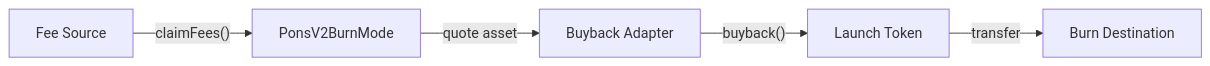
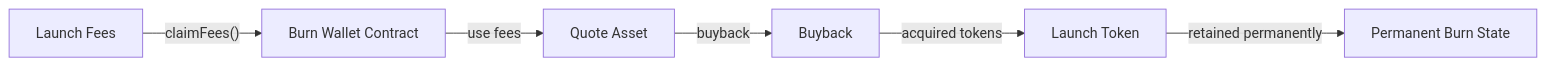
One commit to Horsaeshit/test changed the first of 7 diagrams in README.md. Above: the diagram before and after it, drawn with Mermaid. The commit also changed other lines of this file, not shown here.

````diff
--- a/README.md
+++ b/README.md
@@ -52,13 +98,15 @@
 ```mermaid
 flowchart LR
-    FEES["Fee Source"]
-    CONTROLLER["PonsV2BurnMode"]
-    BUYBACK["Buyback Adapter"]
+    FEES["Launch Fees"]
+    WALLET["Burn Wallet Contract"]
+    QUOTE["Quote Asset"]
+    BUYBACK["Buyback"]
     TOKEN["Launch Token"]
-    BURN["Burn Destination"]
+    BURN["Permanent Burn State"]
 
-    FEES -->|"claimFees()"| CONTROLLER
-    CONTROLLER -->|"quote asset"| BUYBACK
-    BUYBACK -->|"buyback()"| TOKEN
-    TOKEN -->|"transfer"| BURN
+    FEES -->|"claimFees()"| WALLET
+    WALLET -->|"use fees"| QUOTE
+    QUOTE -->|"buyback"| BUYBACK
+    BUYBACK -->|"acquired tokens"| TOKEN
+    TOKEN -->|"retained permanently"| BURN
 ```
````
